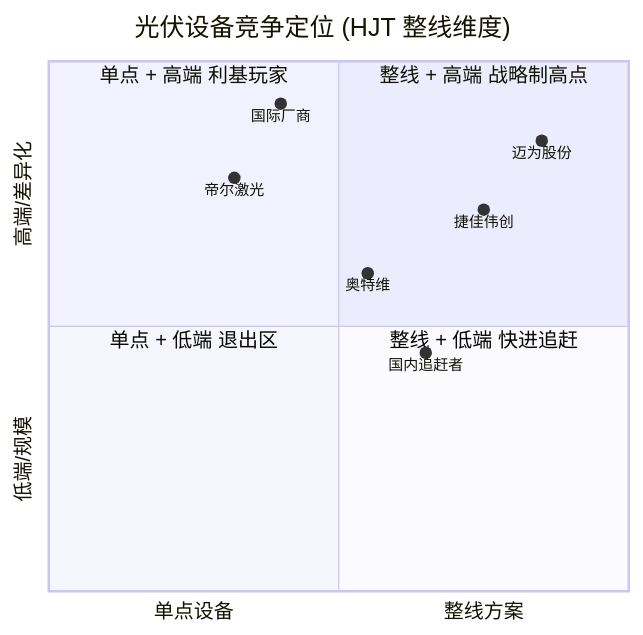
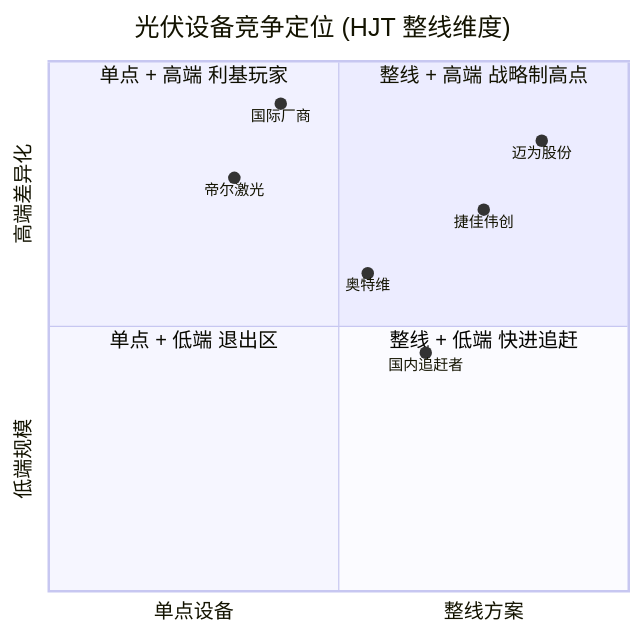
Before and after one commit to dadachundan/financial_agent: the fourth of 4 diagrams in reports/company/迈为股份_SZSE300751/迈为股份_SZSE300751_Research_Document_zh.md, drawn with Mermaid. The commit also changed other lines of this file and 9 other files, not shown here.

Commit message:
feat(company-research): refresh Maxwell/迈为 (SZSE:300751) — decision layer + full chart suite

````diff
--- a/reports/company/迈为股份_SZSE300751/迈为股份_SZSE300751_Research_Document_zh.md
+++ b/reports/company/迈为股份_SZSE300751/迈为股份_SZSE300751_Research_Document_zh.md
@@ -415,16 +472,16 @@
 ```mermaid
 quadrantChart
     title 光伏设备竞争定位 (HJT 整线维度)
-    x-axis 单点设备 --> 整线方案
-    y-axis 低端/规模 --> 高端/差异化
-    quadrant-1 整线 + 高端 战略制高点
-    quadrant-2 单点 + 高端 利基玩家
-    quadrant-3 单点 + 低端 退出区
-    quadrant-4 整线 + 低端 快进追赶
-    迈为股份: [0.85, 0.85]
-    捷佳伟创: [0.75, 0.72]
-    帝尔激光: [0.32, 0.78]
-    奥特维: [0.55, 0.60]
-    国际厂商: [0.40, 0.92]
-    国内追赶者: [0.65, 0.45]
+    x-axis "单点设备" --> "整线方案"
+    y-axis "低端规模" --> "高端差异化"
+    quadrant-1 "整线 + 高端 战略制高点"
+    quadrant-2 "单点 + 高端 利基玩家"
+    quadrant-3 "单点 + 低端 退出区"
+    quadrant-4 "整线 + 低端 快进追赶"
+    "迈为股份": [0.85, 0.85]
+    "捷佳伟创": [0.75, 0.72]
+    "帝尔激光": [0.32, 0.78]
+    "奥特维": [0.55, 0.60]
+    "国际厂商": [0.40, 0.92]
+    "国内追赶者": [0.65, 0.45]
 ```
````
